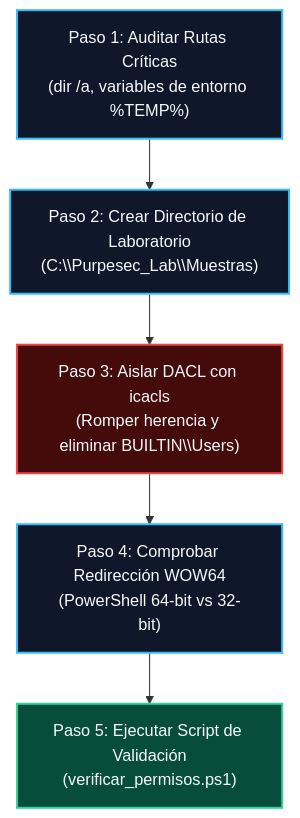
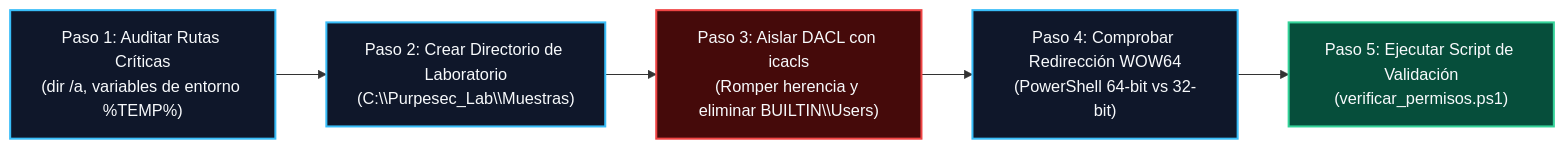
Before and after one commit to purpesec/Cybersecurity-For-Beginners: the diagram in malware-analysis/01-arquitectura-windows-directorios-y-permisos/lab/README.md, drawn with Mermaid. The commit also changed 4 other files, not shown here.

Commit message:
style: convertir todos los diagramas verticales TD en diagramas horizontales compactos LR

````diff
--- a/malware-analysis/01-arquitectura-windows-directorios-y-permisos/lab/README.md
+++ b/malware-analysis/01-arquitectura-windows-directorios-y-permisos/lab/README.md
@@ -24,14 +24,14 @@
 ```mermaid
-flowchart TD
+flowchart LR
     classDef step fill:#0f172a,stroke:#38bdf8,stroke-width:2px,color:#f8fafc;
     classDef check fill:#064e3b,stroke:#34d399,stroke-width:2px,color:#f8fafc;
     classDef alert fill:#450a0a,stroke:#ef4444,stroke-width:2px,color:#f8fafc;
 
     S1["Paso 1: Auditar Rutas Críticas\n(dir /a, variables de entorno %TEMP%)"]:::step
     S2["Paso 2: Crear Directorio de Laboratorio\n(C:\\Purpesec_Lab\\Muestras)"]:::step
     S3["Paso 3: Aislar DACL con icacls\n(Romper herencia y eliminar BUILTIN\\Users)"]:::alert
     S4["Paso 4: Comprobar Redirección WOW64\n(PowerShell 64-bit vs 32-bit)"]:::step
     S5["Paso 5: Ejecutar Script de Validación\n(verificar_permisos.ps1)"]:::check
 
     S1 --> S2 --> S3 --> S4 --> S5
 ```
````
